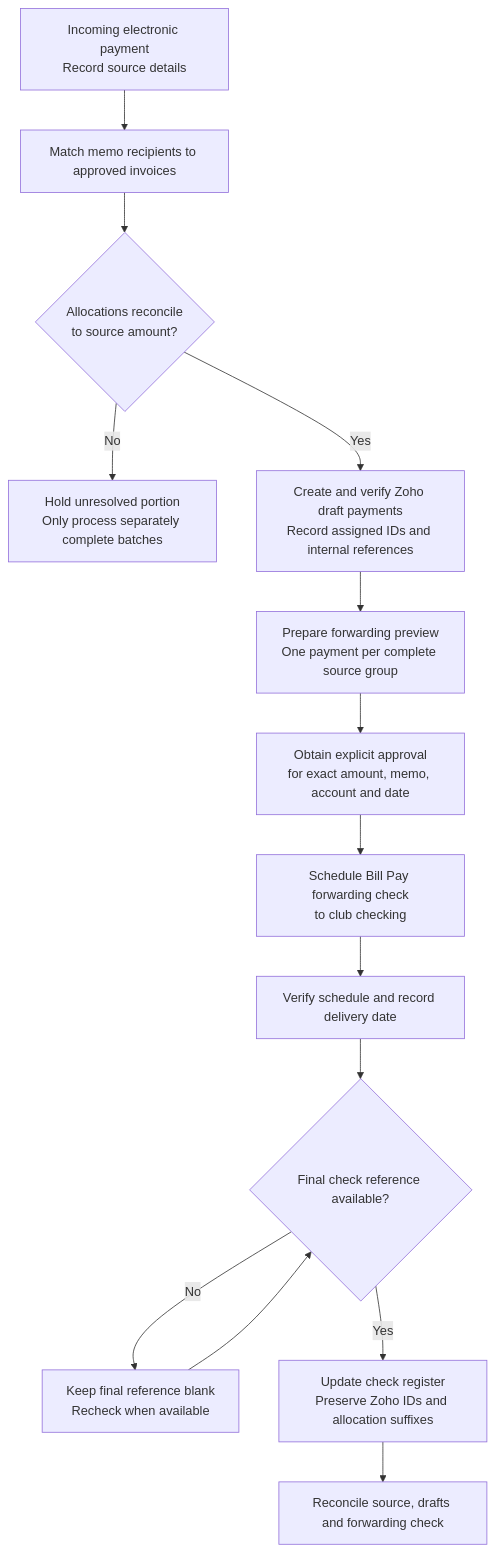
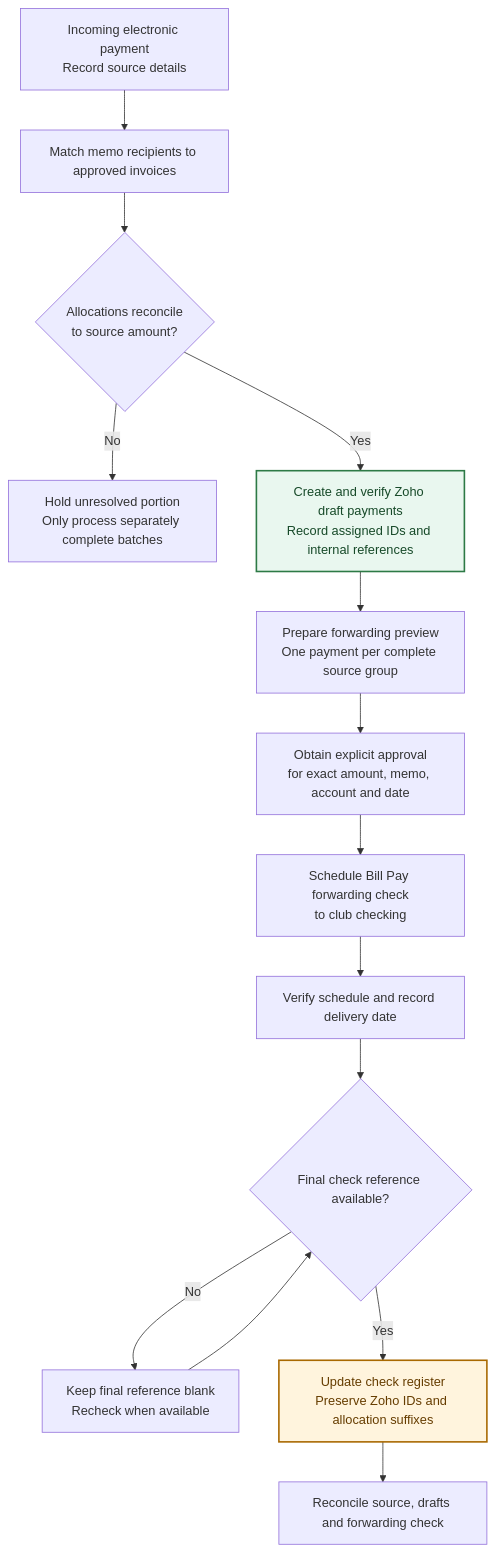
The diagram in docs/treasurer/payments-and-forwarding.md (SFFilAmLions/club-handbook), drawn with Mermaid before and after one commit. The commit also changed other lines of this file, not shown here.

Commit message:
docs(treasurer): style forwarding lifecycle operations

````diff
--- a/docs/treasurer/payments-and-forwarding.md
+++ b/docs/treasurer/payments-and-forwarding.md
@@ -8,16 +8,20 @@
 ```mermaid
 flowchart TD
     A["Incoming electronic payment<br/>Record source details"] --> B["Match memo recipients to approved invoices"]
     B --> C{"Allocations reconcile<br/>to source amount?"}
     C -->|No| D["Hold unresolved portion<br/>Only process separately complete batches"]
     C -->|Yes| E["Create and verify Zoho draft payments<br/>Record assigned IDs and internal references"]
     E --> F["Prepare forwarding preview<br/>One payment per complete source group"]
     F --> G["Obtain explicit approval<br/>for exact amount, memo, account and date"]
     G --> H["Schedule Bill Pay forwarding check<br/>to club checking"]
     H --> I["Verify schedule and record delivery date"]
     I --> J{"Final check reference available?"}
     J -->|No| K["Keep final reference blank<br/>Recheck when available"]
     K --> J
     J -->|Yes| L["Update check register<br/>Preserve Zoho IDs and allocation suffixes"]
     L --> M["Reconcile source, drafts and forwarding check"]
+    classDef zoho fill:#e9f7ef,stroke:#2d7a46,stroke-width:2px,color:#174a29
+    classDef register fill:#fff4dd,stroke:#a96900,stroke-width:2px,color:#663d00
+    class E zoho
+    class L register
 ```
````
